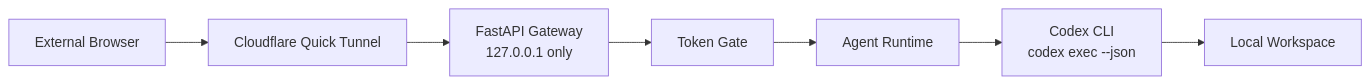
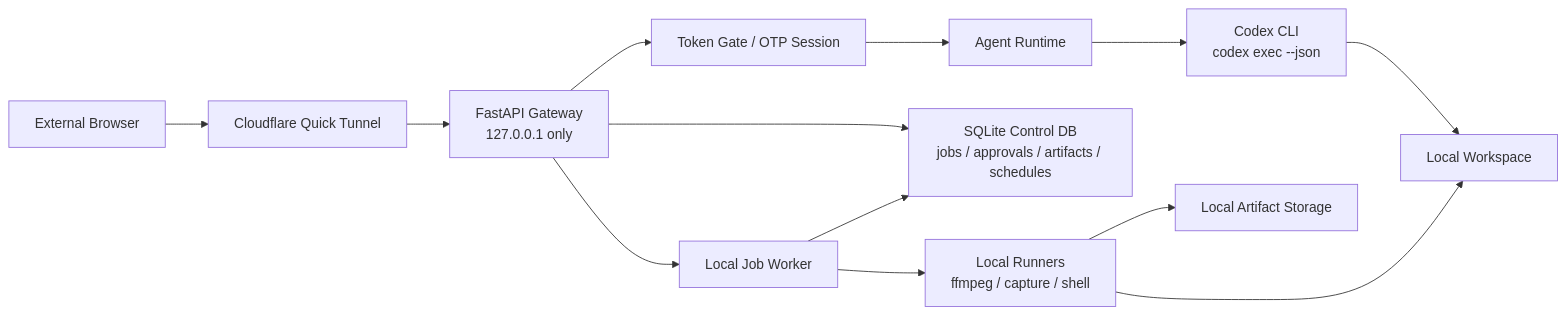
The diagram in README.md (LeeLeeLeeee/personal-agent-gateway), drawn with Mermaid before and after one commit. The commit also changed other lines of this file, not shown here.

Commit message:
docs: update readme for local backend implementation

````diff
--- a/README.md
+++ b/README.md
@@ -93,17 +116,27 @@
 ```mermaid
 flowchart LR
     Browser[External Browser]
     Tunnel[Cloudflare Quick Tunnel]
     Gateway[FastAPI Gateway<br/>127.0.0.1 only]
-    Auth[Token Gate]
+    Auth[Token Gate / OTP Session]
     Runtime[Agent Runtime]
     Codex[Codex CLI<br/>codex exec --json]
+    Control[SQLite Control DB<br/>jobs / approvals / artifacts / schedules]
+    Worker[Local Job Worker]
+    Runners[Local Runners<br/>ffmpeg / capture / shell]
     Workspace[Local Workspace]
+    Storage[Local Artifact Storage]
 
     Browser --> Tunnel
     Tunnel --> Gateway
     Gateway --> Auth
     Auth --> Runtime
     Runtime --> Codex
     Codex --> Workspace
+    Gateway --> Control
+    Gateway --> Worker
+    Worker --> Runners
+    Runners --> Workspace
+    Runners --> Storage
+    Worker --> Control
 ```
````
